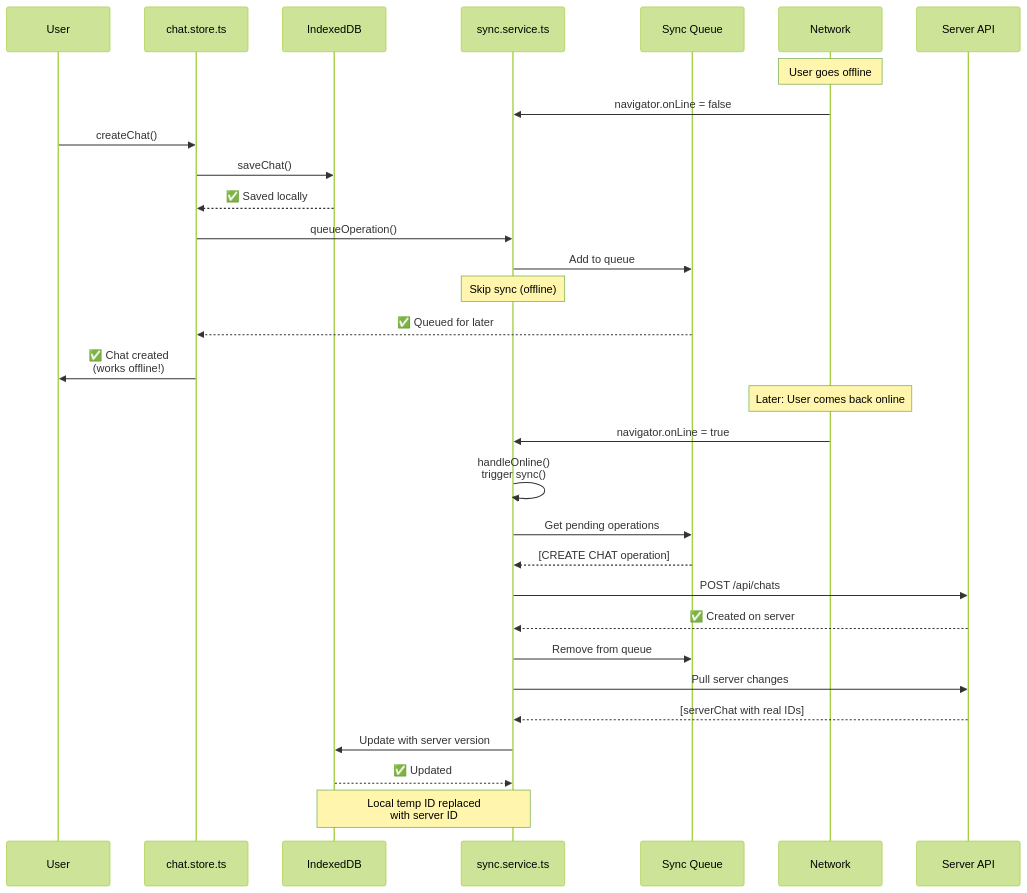
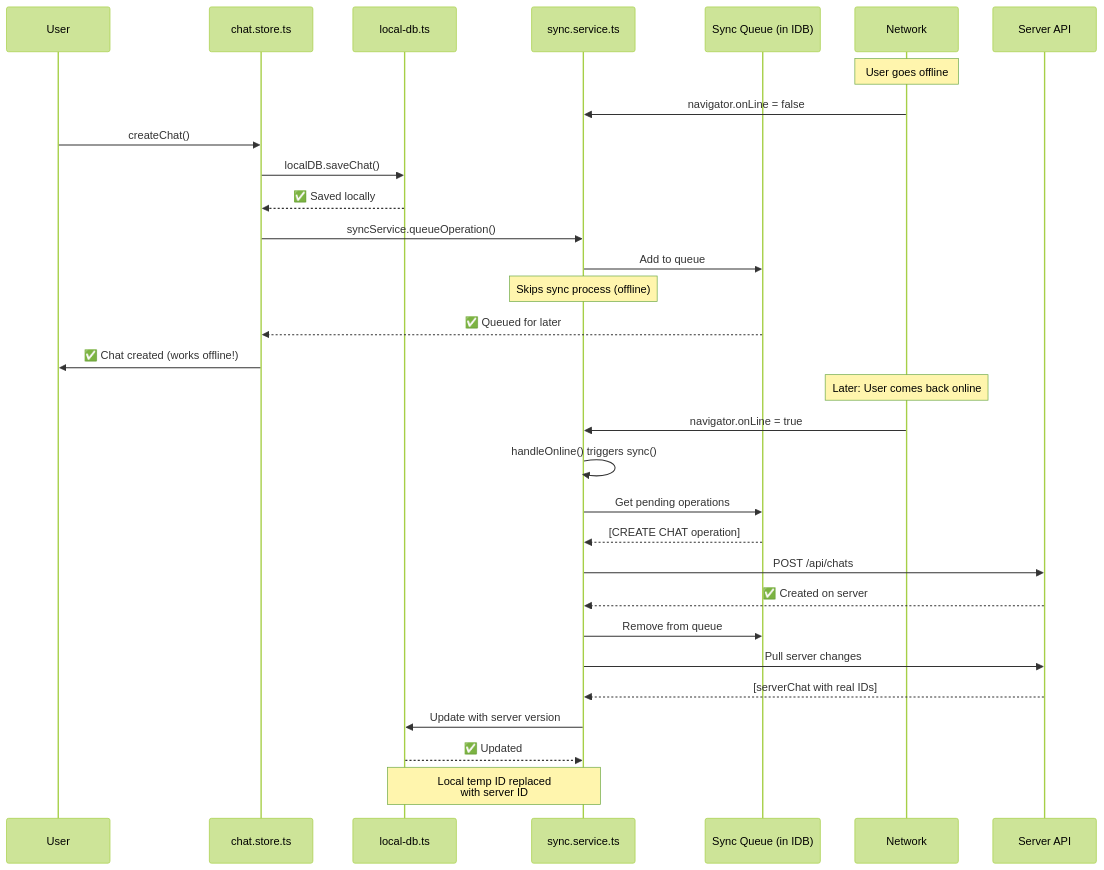
One commit to m1981/mychat-svelte changed the third of 5 diagrams in doc/specs/3-flows.md. Above: the diagram before and after it, drawn with Mermaid (forest theme). The commit also changed other lines of this file, not shown here.

Commit message:
ref: update local-db.ts references in flows

````diff
--- a/doc/specs/3-flows.md
+++ b/doc/specs/3-flows.md
@@ -88,43 +89,43 @@
 ```mermaid
 sequenceDiagram
     participant User
     participant Store as chat.store.ts
-    participant IDB as IndexedDB
+    participant IDB as local-db.ts
     participant Sync as sync.service.ts
-    participant Queue as Sync Queue
+    participant Queue as Sync Queue (in IDB)
     participant Network
     participant API as Server API
 
     Note over Network: User goes offline
     Network->>Sync: navigator.onLine = false
     
     User->>Store: createChat()
-    Store->>IDB: saveChat()
+    Store->>IDB: localDB.saveChat()
     IDB-->>Store: ✅ Saved locally
     
-    Store->>Sync: queueOperation()
+    Store->>Sync: syncService.queueOperation()
     Sync->>Queue: Add to queue
-    Note over Sync: Skip sync (offline)
+    Note over Sync: Skips sync process (offline)
     Queue-->>Store: ✅ Queued for later
     
-    Store->>User: ✅ Chat created<br/>(works offline!)
+    Store->>User: ✅ Chat created (works offline!)
     
     Note over Network: Later: User comes back online
     Network->>Sync: navigator.onLine = true
-    Sync->>Sync: handleOnline()<br/>trigger sync()
+    Sync->>Sync: handleOnline() triggers sync()
     
     Sync->>Queue: Get pending operations
     Queue-->>Sync: [CREATE CHAT operation]
     
     Sync->>API: POST /api/chats
     API-->>Sync: ✅ Created on server
     
     Sync->>Queue: Remove from queue
     Sync->>API: Pull server changes
     API-->>Sync: [serverChat with real IDs]
     
     Sync->>IDB: Update with server version
     IDB-->>Sync: ✅ Updated
     
     Note over Sync,IDB: Local temp ID replaced<br/>with server ID
 ```
````
